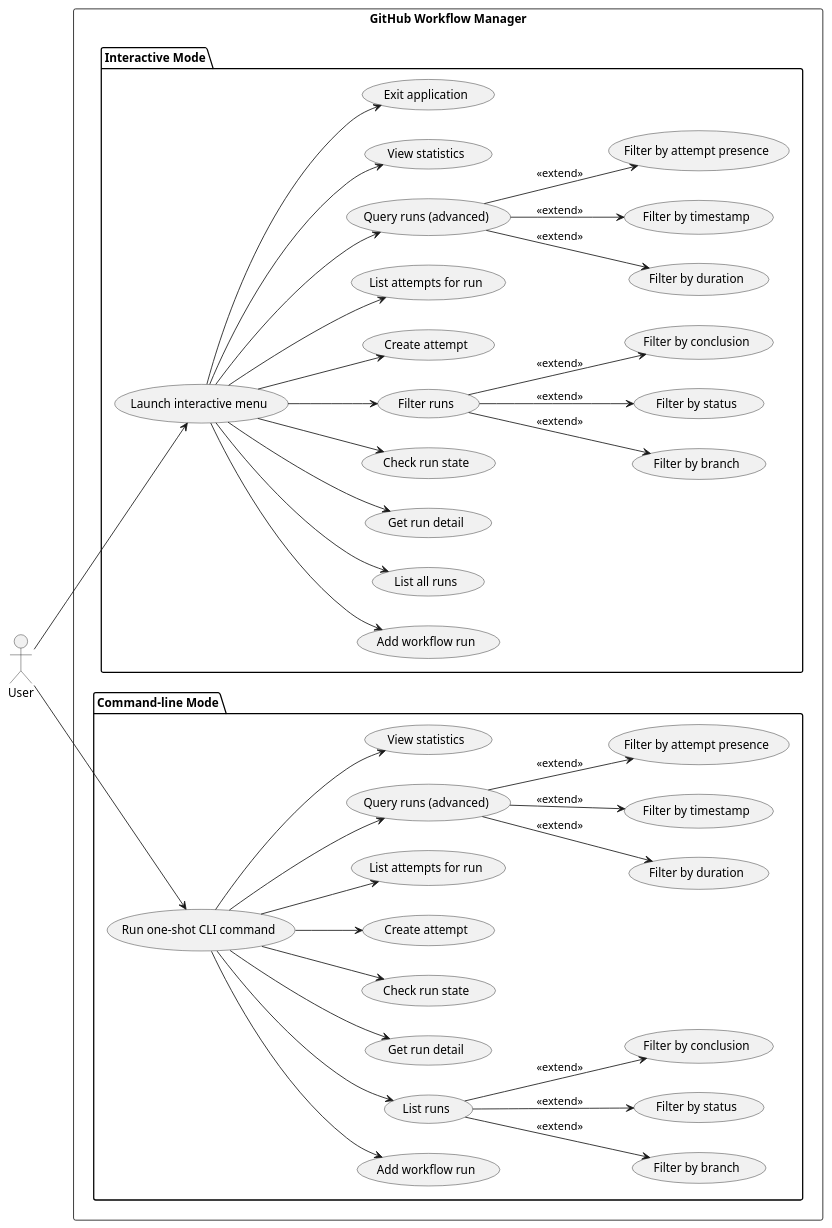
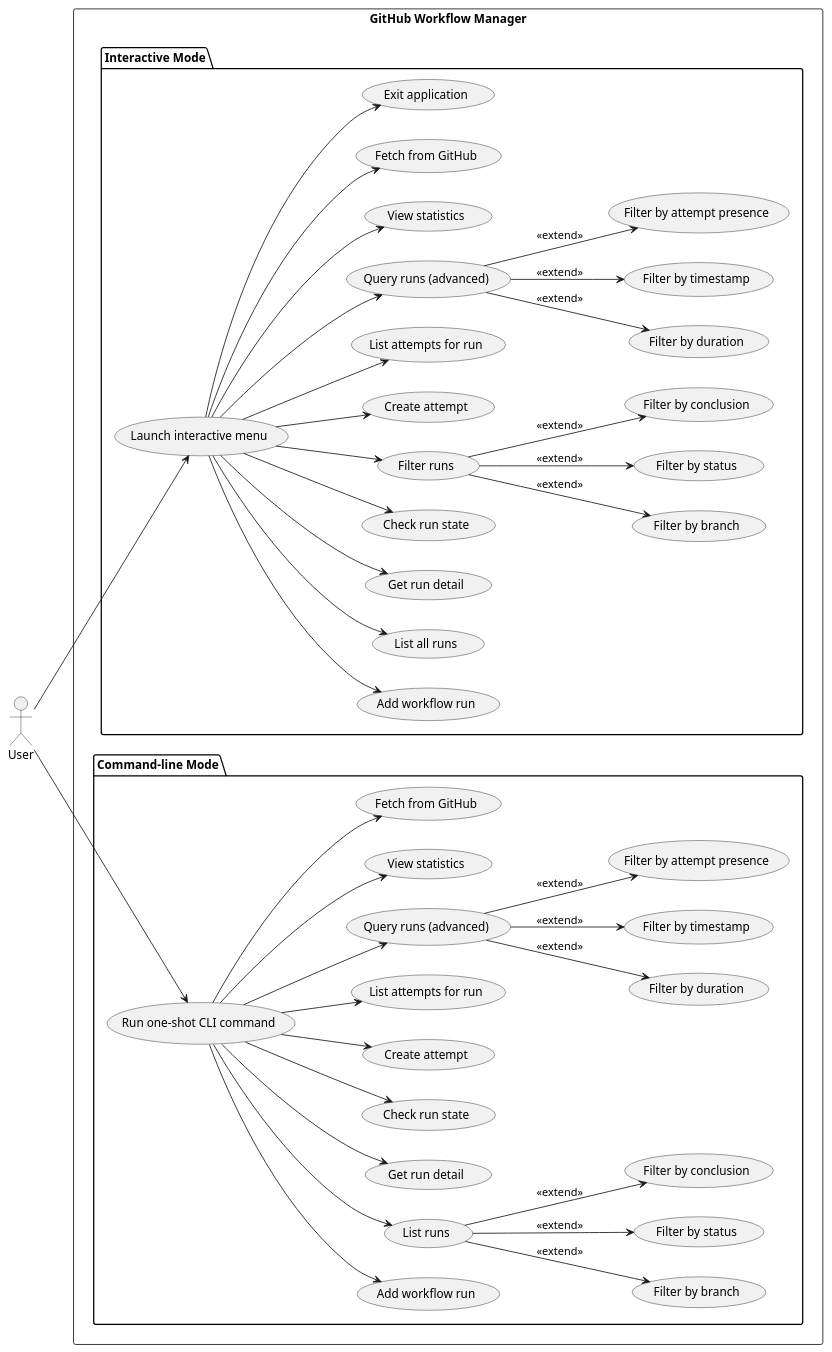
One commit to DanielRiha8906/Software_autoevolution_using_agents changed the diagram in experiments/broadcast/user_stories/github-workflow-manager/artifacts/use_case_diagram.puml. Above: the diagram before and after it, drawn with PlantUML. The commit also changed 3 other files, not shown here.

Commit message:
Update diagrams to reflect GitHub fetch service

```diff
--- a/experiments/broadcast/user_stories/github-workflow-manager/artifacts/use_case_diagram.puml
+++ b/experiments/broadcast/user_stories/github-workflow-manager/artifacts/use_case_diagram.puml
@@ -1,87 +1,91 @@
 @startuml use_case_diagram
 
 left to right direction
 
 actor User
 
 rectangle "GitHub Workflow Manager" {
 
   package "Interactive Mode" {
     usecase "Launch interactive menu"  as UI
     usecase "Add workflow run"         as I_ADD
     usecase "List all runs"            as I_LIST
     usecase "Get run detail"           as I_DETAIL
     usecase "Check run state"          as I_STATE
     usecase "Filter runs"              as I_FILTER
     usecase "Filter by branch"         as I_FBRANCH
     usecase "Filter by status"         as I_FSTATUS
     usecase "Filter by conclusion"     as I_FCONCL
     usecase "Create attempt"           as I_CREATE_ATT
     usecase "List attempts for run"    as I_LIST_ATT
     usecase "Query runs (advanced)"    as I_QUERY
     usecase "Filter by duration"       as I_FDUR
     usecase "Filter by timestamp"      as I_FTSMP
     usecase "Filter by attempt presence" as I_FATT
     usecase "View statistics"          as I_STATS
+    usecase "Fetch from GitHub"        as I_FETCH
     usecase "Exit application"         as I_EXIT
   }
 
   package "Command-line Mode" {
     usecase "Run one-shot CLI command" as CLI
     usecase "Add workflow run"         as C_ADD
     usecase "List runs"                as C_LIST
     usecase "Get run detail"           as C_DETAIL
     usecase "Check run state"          as C_STATE
     usecase "Filter by branch"         as C_FBRANCH
     usecase "Filter by status"         as C_FSTATUS
     usecase "Filter by conclusion"     as C_FCONCL
     usecase "Create attempt"           as C_CREATE_ATT
     usecase "List attempts for run"    as C_LIST_ATT
     usecase "Query runs (advanced)"    as C_QUERY
     usecase "Filter by duration"       as C_FDUR
     usecase "Filter by timestamp"      as C_FTSMP
     usecase "Filter by attempt presence" as C_FATT
     usecase "View statistics"          as C_STATS
+    usecase "Fetch from GitHub"        as C_FETCH
   }
 }
 
 User --> UI
 User --> CLI
 
 UI --> I_ADD
 UI --> I_LIST
 UI --> I_DETAIL
 UI --> I_STATE
 UI --> I_FILTER
 UI --> I_CREATE_ATT
 UI --> I_LIST_ATT
 UI --> I_QUERY
 UI --> I_STATS
+UI --> I_FETCH
 UI --> I_EXIT
 
 I_FILTER --> I_FBRANCH  : <<extend>>
 I_FILTER --> I_FSTATUS  : <<extend>>
 I_FILTER --> I_FCONCL   : <<extend>>
 
 I_QUERY --> I_FDUR  : <<extend>>
 I_QUERY --> I_FTSMP  : <<extend>>
 I_QUERY --> I_FATT  : <<extend>>
 
 CLI --> C_ADD
 CLI --> C_LIST
 CLI --> C_DETAIL
 CLI --> C_STATE
 CLI --> C_CREATE_ATT
 CLI --> C_LIST_ATT
 CLI --> C_QUERY
 CLI --> C_STATS
+CLI --> C_FETCH
 
 C_LIST --> C_FBRANCH  : <<extend>>
 C_LIST --> C_FSTATUS  : <<extend>>
 C_LIST --> C_FCONCL   : <<extend>>
 
 C_QUERY --> C_FDUR  : <<extend>>
 C_QUERY --> C_FTSMP  : <<extend>>
 C_QUERY --> C_FATT  : <<extend>>
 
 @enduml
```
